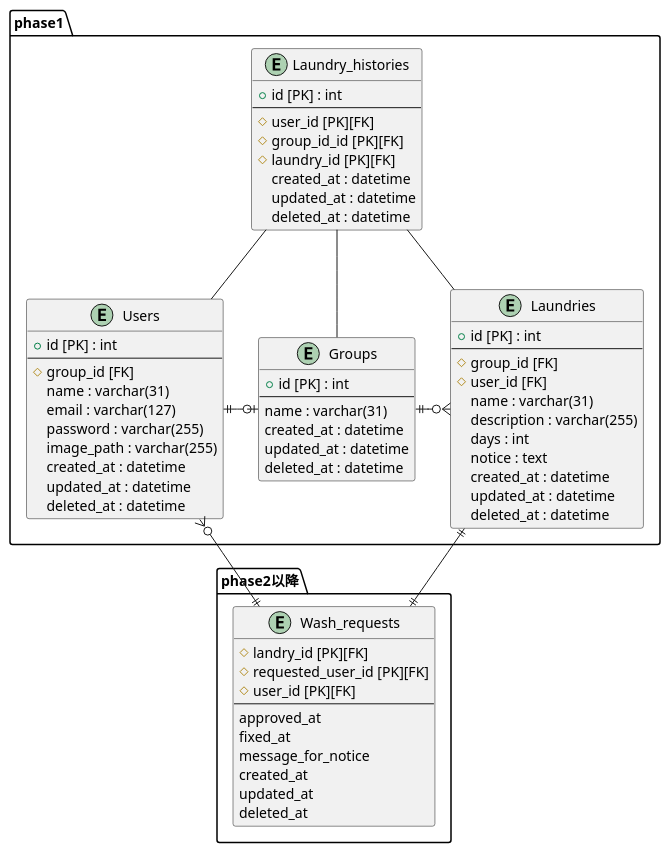
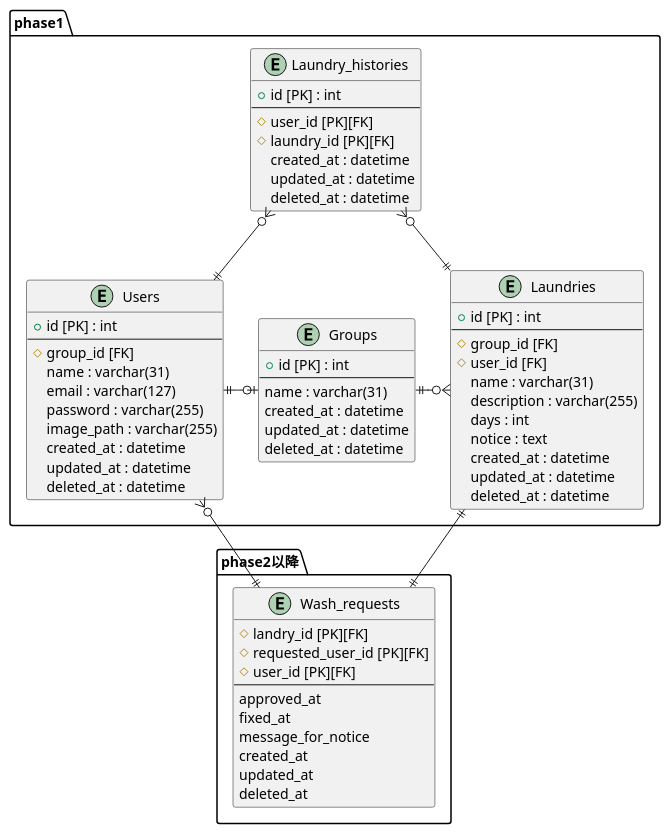
One commit to mixa393/mohumohu changed the diagram in docs/ER図.puml. Above: the diagram before and after it, drawn with PlantUML.

Commit message:
Add: カラム削減と多重度整理

```diff
--- a/docs/ER図.puml
+++ b/docs/ER図.puml
@@ -1,79 +1,77 @@
 @startuml
 
 package phase1{
     entity Laundry_histories{
         + id [PK] : int
         --
         # user_id [PK][FK]
-        # group_id_id [PK][FK]
         # laundry_id [PK][FK]
         created_at : datetime
         updated_at : datetime
         deleted_at : datetime
     }
 
     entity Users{
     + id [PK] : int
     --
     # group_id [FK]
     name : varchar(31)
     email : varchar(127)
     password : varchar(255)
     image_path : varchar(255)
     created_at : datetime
     updated_at : datetime
     deleted_at : datetime
     }
 
     entity Groups
     {
     + id [PK] : int
     --
     name : varchar(31)
     created_at : datetime
     updated_at : datetime
     deleted_at : datetime
     }
 
     entity Laundries{
     + id [PK] : int
     --
     # group_id [FK]
     # user_id [FK]
     name : varchar(31)
     description : varchar(255)
     days : int
     notice : text
     created_at : datetime
     updated_at : datetime
     deleted_at : datetime
     }
 }
 
 
 package  phase2以降{
     entity Wash_requests{
     # landry_id [PK][FK]
     # requested_user_id [PK][FK]
     # user_id [PK][FK]
     --
     approved_at
     fixed_at
     message_for_notice
     created_at
     updated_at
     deleted_at
     }
 }
 
-Laundry_histories -- Users
-Laundry_histories - Groups
-Laundry_histories - Laundries
+Laundry_histories }o--|| Users
+Laundry_histories }o-|| Laundries
 Users ||-o| Groups
 Groups ||-o{ Laundries
 Laundries ||-|| Wash_requests
 Users }o--|| Wash_requests
 
 
 
 @enduml
```
